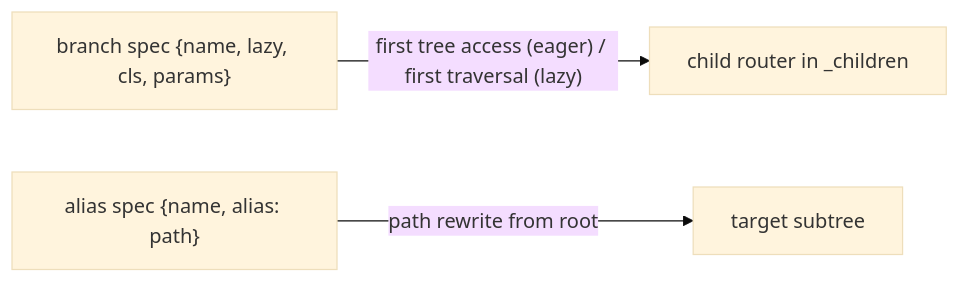
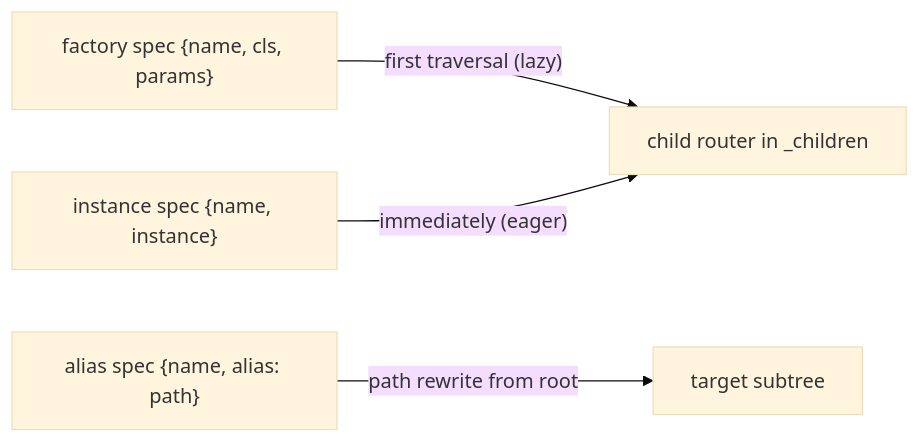
One commit to genropy/genro-routes changed the second of 5 diagrams in docs/ARCHITECTURE.md. Above: the diagram before and after it, drawn with Mermaid (base theme). The commit also changed other lines of this file and 20 other files, not shown here.

````diff
--- a/docs/ARCHITECTURE.md
+++ b/docs/ARCHITECTURE.md
@@ -34,5 +37,6 @@
 ```mermaid
 graph LR
-  Spec["branch spec {name, lazy, cls, params}"] -->|"first tree access (eager) / first traversal (lazy)"| Child["child router in _children"]
+  Factory["factory spec {name, cls, params}"] -->|"first traversal (lazy)"| Child["child router in _children"]
+  Instance["instance spec {name, instance}"] -->|"immediately (eager)"| Child
   Alias["alias spec {name, alias: path}"] -->|"path rewrite from root"| Target["target subtree"]
 ```
````
